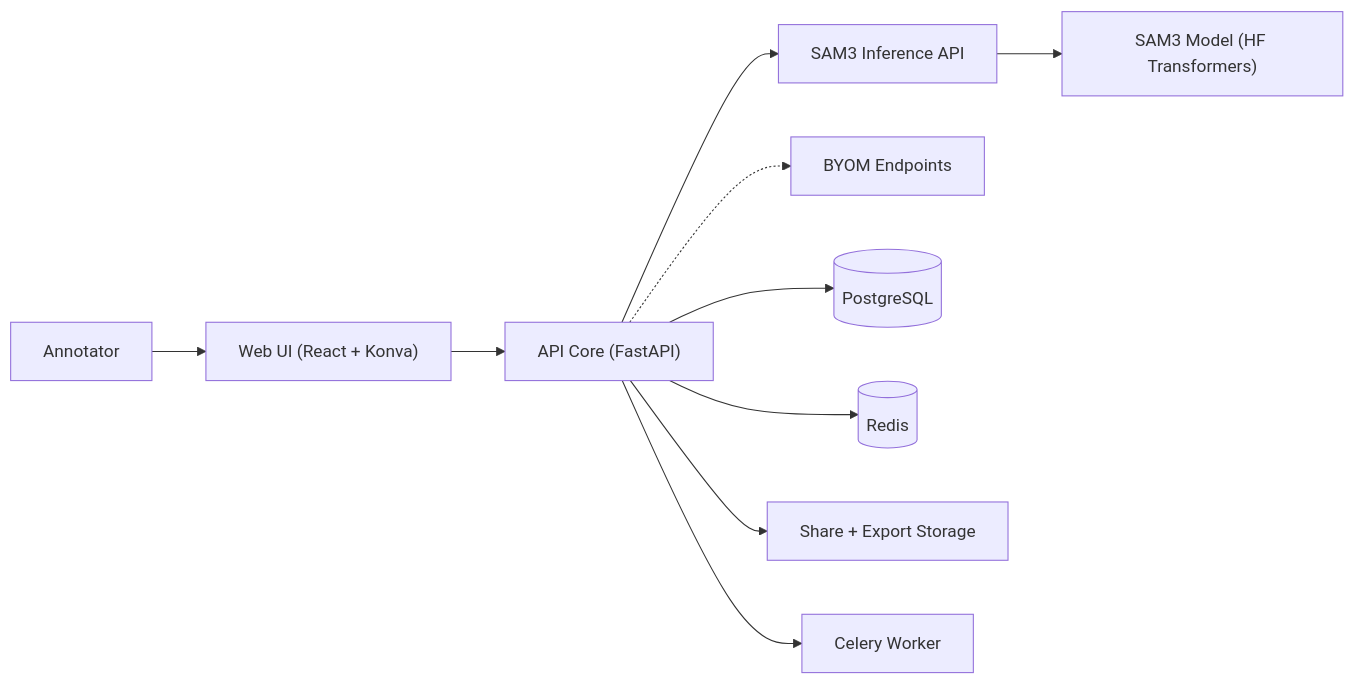
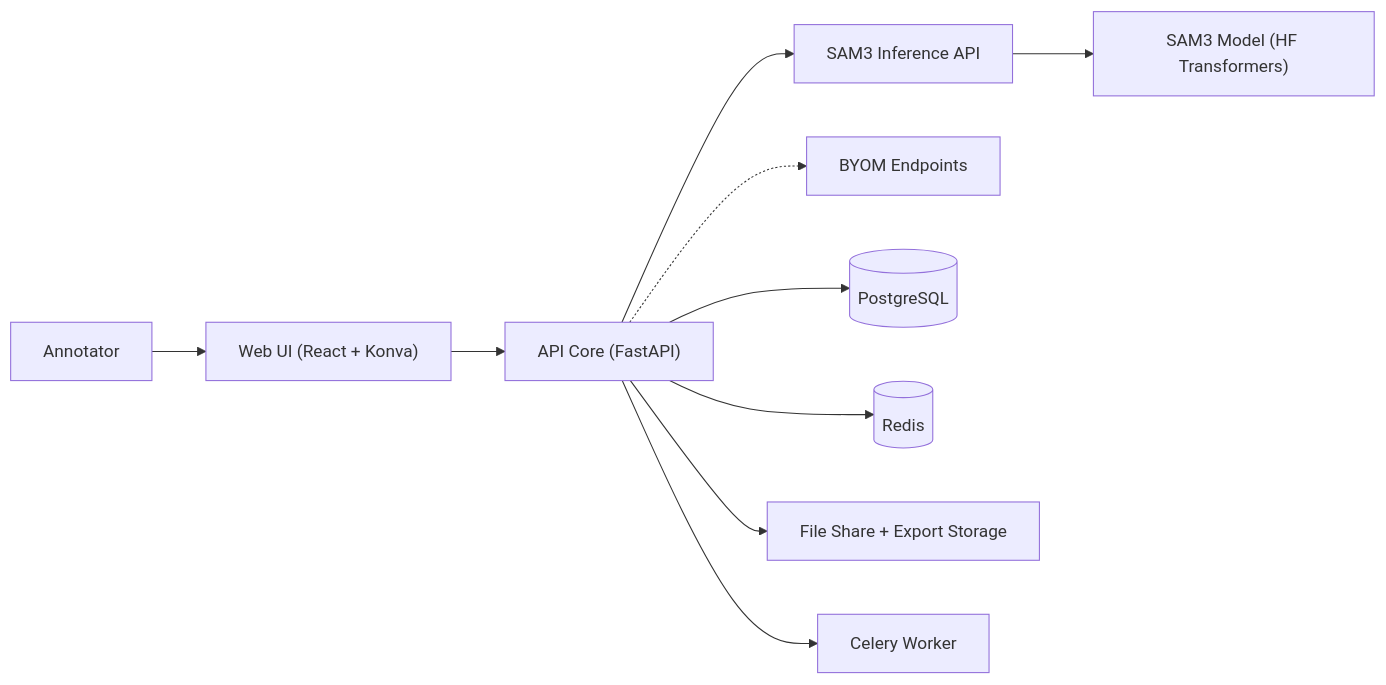
One commit to agfianf/annotate-anu changed the diagram in README.md. Above: the diagram before and after it, drawn with Mermaid. The commit also changed other lines of this file, not shown here.

````diff
--- a/README.md
+++ b/README.md
@@ -125,14 +46,14 @@
 ```mermaid
 flowchart LR
   user[Annotator] --> web["Web UI (React + Konva)"]
   web --> core["API Core (FastAPI)"]
 
   core --> inference["SAM3 Inference API"]
   inference --> sam3["SAM3 Model (HF Transformers)"]
   core -.-> byom["BYOM Endpoints"]
 
   core --> db[(PostgreSQL)]
   core --> redis[(Redis)]
-  core --> storage["Share + Export Storage"]
+  core --> storage["File Share + Export Storage"]
   core --> worker["Celery Worker"]
 ```
````
